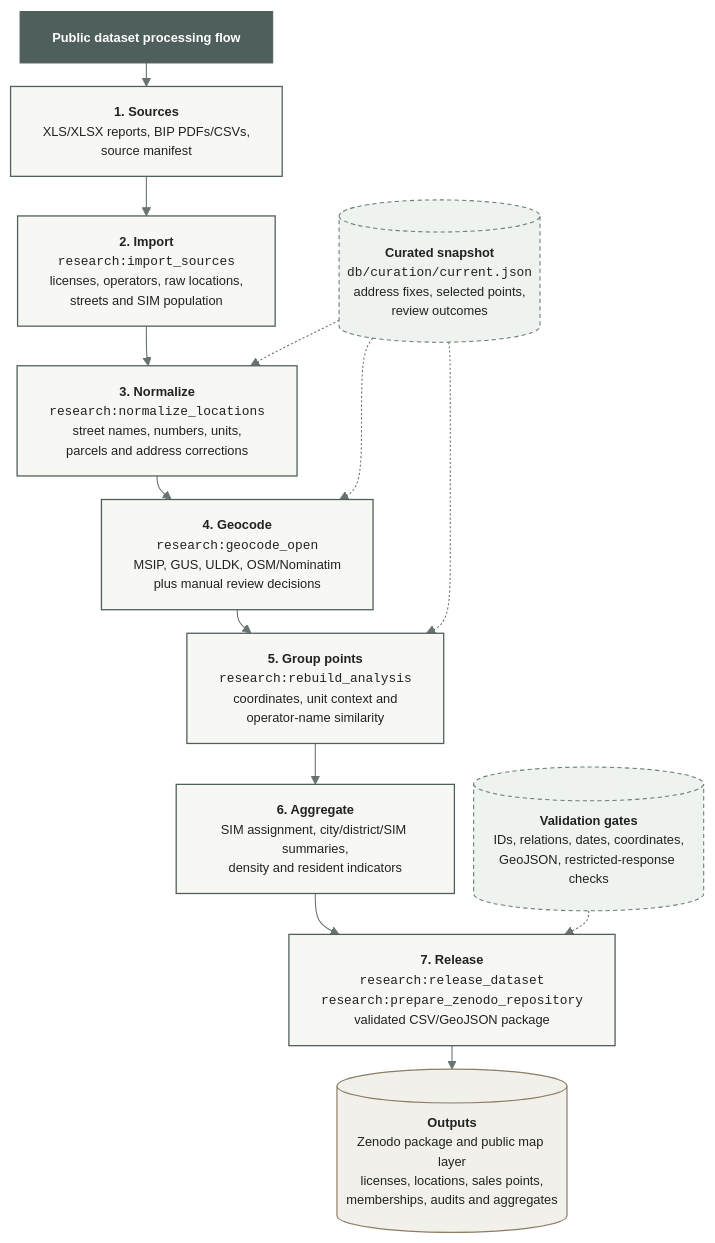
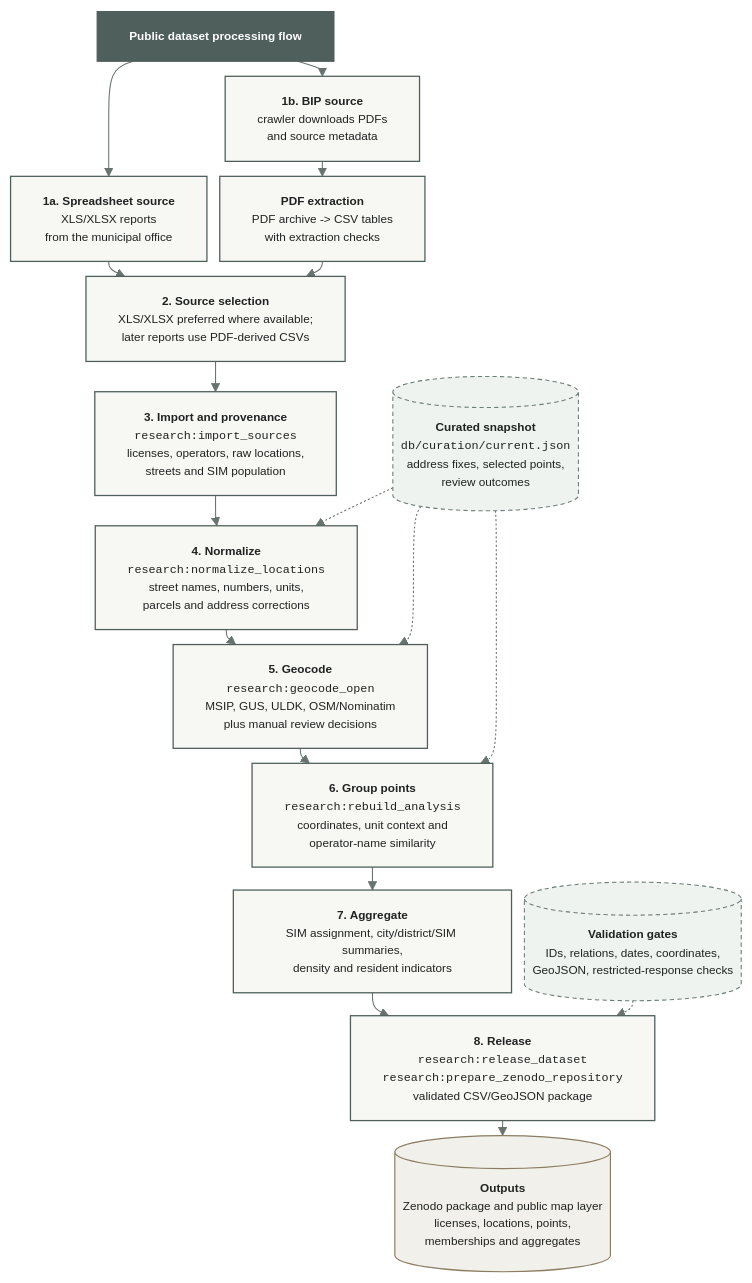
One commit to ciembor/alcohol_permits_map changed the diagram in docs/point_grouping_flowchart.mmd. Above: the diagram before and after it, drawn with Mermaid. The commit also changed 1 other file, not shown here.

Commit message:
Show source branches in dataset flowchart

```diff
--- a/docs/point_grouping_flowchart.mmd
+++ b/docs/point_grouping_flowchart.mmd
@@ -1,32 +1,37 @@
-%%{init: {"theme": "base", "themeVariables": {"fontFamily": "Arial", "fontSize": "12px", "primaryColor": "#f7f7f3", "primaryBorderColor": "#4f5f5b", "primaryTextColor": "#202321", "lineColor": "#68736f", "tertiaryColor": "#eef3f0"}, "flowchart": {"curve": "basis", "nodeSpacing": 18, "rankSpacing": 22, "htmlLabels": true}}}%%
+%%{init: {"theme": "base", "themeVariables": {"fontFamily": "Arial", "fontSize": "11px", "primaryColor": "#f7f7f3", "primaryBorderColor": "#4f5f5b", "primaryTextColor": "#202321", "lineColor": "#68736f", "tertiaryColor": "#eef3f0"}, "flowchart": {"curve": "basis", "nodeSpacing": 12, "rankSpacing": 14, "htmlLabels": true}}}%%
 flowchart TB
   title["<b>Public dataset processing flow</b>"]
 
-  sources["<b>1. Sources</b><br/>XLS/XLSX reports, BIP PDFs/CSVs,<br/>source manifest"]
-  import["<b>2. Import</b><br/><code>research:import_sources</code><br/>licenses, operators, raw locations,<br/>streets and SIM population"]
-  normalize["<b>3. Normalize</b><br/><code>research:normalize_locations</code><br/>street names, numbers, units,<br/>parcels and address corrections"]
-  geocode["<b>4. Geocode</b><br/><code>research:geocode_open</code><br/>MSIP, GUS, ULDK, OSM/Nominatim<br/>plus manual review decisions"]
-  grouping["<b>5. Group points</b><br/><code>research:rebuild_analysis</code><br/>coordinates, unit context and<br/>operator-name similarity"]
-  aggregate["<b>6. Aggregate</b><br/>SIM assignment, city/district/SIM summaries,<br/>density and resident indicators"]
-  release["<b>7. Release</b><br/><code>research:release_dataset</code><br/><code>research:prepare_zenodo_repository</code><br/>validated CSV/GeoJSON package"]
+  xlsx["<b>1a. Spreadsheet source</b><br/>XLS/XLSX reports<br/>from the municipal office"]
+  crawler["<b>1b. BIP source</b><br/>crawler downloads PDFs<br/>and source metadata"]
+  pdfcsv["<b>PDF extraction</b><br/>PDF archive -> CSV tables<br/>with extraction checks"]
+  sources["<b>2. Source selection</b><br/>XLS/XLSX preferred where available;<br/>later reports use PDF-derived CSVs"]
+  import["<b>3. Import and provenance</b><br/><code>research:import_sources</code><br/>licenses, operators, raw locations,<br/>streets and SIM population"]
+  normalize["<b>4. Normalize</b><br/><code>research:normalize_locations</code><br/>street names, numbers, units,<br/>parcels and address corrections"]
+  geocode["<b>5. Geocode</b><br/><code>research:geocode_open</code><br/>MSIP, GUS, ULDK, OSM/Nominatim<br/>plus manual review decisions"]
+  grouping["<b>6. Group points</b><br/><code>research:rebuild_analysis</code><br/>coordinates, unit context and<br/>operator-name similarity"]
+  aggregate["<b>7. Aggregate</b><br/>SIM assignment, city/district/SIM summaries,<br/>density and resident indicators"]
+  release["<b>8. Release</b><br/><code>research:release_dataset</code><br/><code>research:prepare_zenodo_repository</code><br/>validated CSV/GeoJSON package"]
 
   curation[("<b>Curated snapshot</b><br/><code>db/curation/current.json</code><br/>address fixes, selected points,<br/>review outcomes")]
   validation[("<b>Validation gates</b><br/>IDs, relations, dates, coordinates,<br/>GeoJSON, restricted-response checks")]
-  outputs[("<b>Outputs</b><br/>Zenodo package and public map layer<br/>licenses, locations, sales points,<br/>memberships, audits and aggregates")]
+  outputs[("<b>Outputs</b><br/>Zenodo package and public map layer<br/>licenses, locations, points,<br/>memberships and aggregates")]
 
-  title --> sources --> import --> normalize --> geocode --> grouping --> aggregate --> release --> outputs
+  title --> xlsx --> sources
+  title --> crawler --> pdfcsv --> sources
+  sources --> import --> normalize --> geocode --> grouping --> aggregate --> release --> outputs
 
   curation -.-> normalize
   curation -.-> geocode
   curation -.-> grouping
   validation -.-> release
 
   classDef header fill:#4f5f5b,stroke:#4f5f5b,stroke-width:1px,color:#ffffff;
   classDef main fill:#f7f7f3,stroke:#4f5f5b,stroke-width:1.2px,color:#202321;
   classDef side fill:#eef3f0,stroke:#6c7c77,stroke-width:1px,color:#202321,stroke-dasharray: 4 3;
   classDef output fill:#f2f0ea,stroke:#8a7d63,stroke-width:1.1px,color:#202321;
 
   class title header;
-  class sources,import,normalize,geocode,grouping,aggregate,release main;
+  class xlsx,crawler,pdfcsv,sources,import,normalize,geocode,grouping,aggregate,release main;
   class curation,validation side;
   class outputs output;
```
